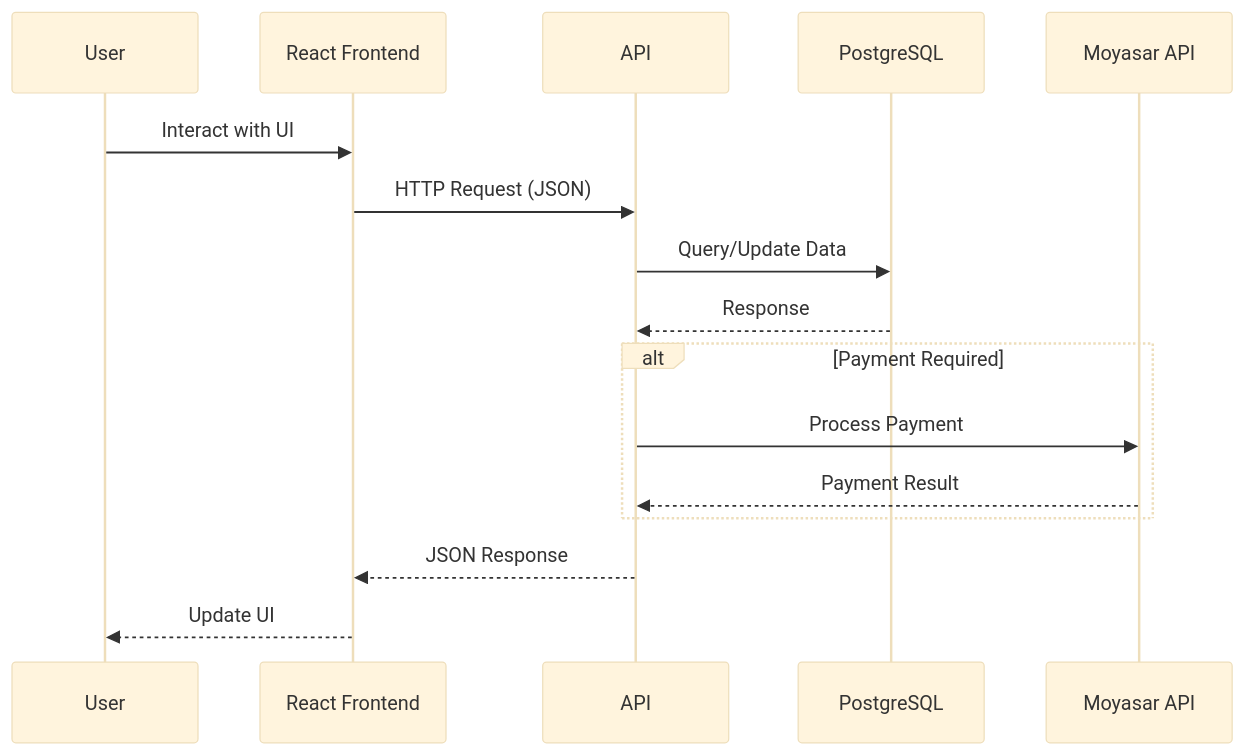
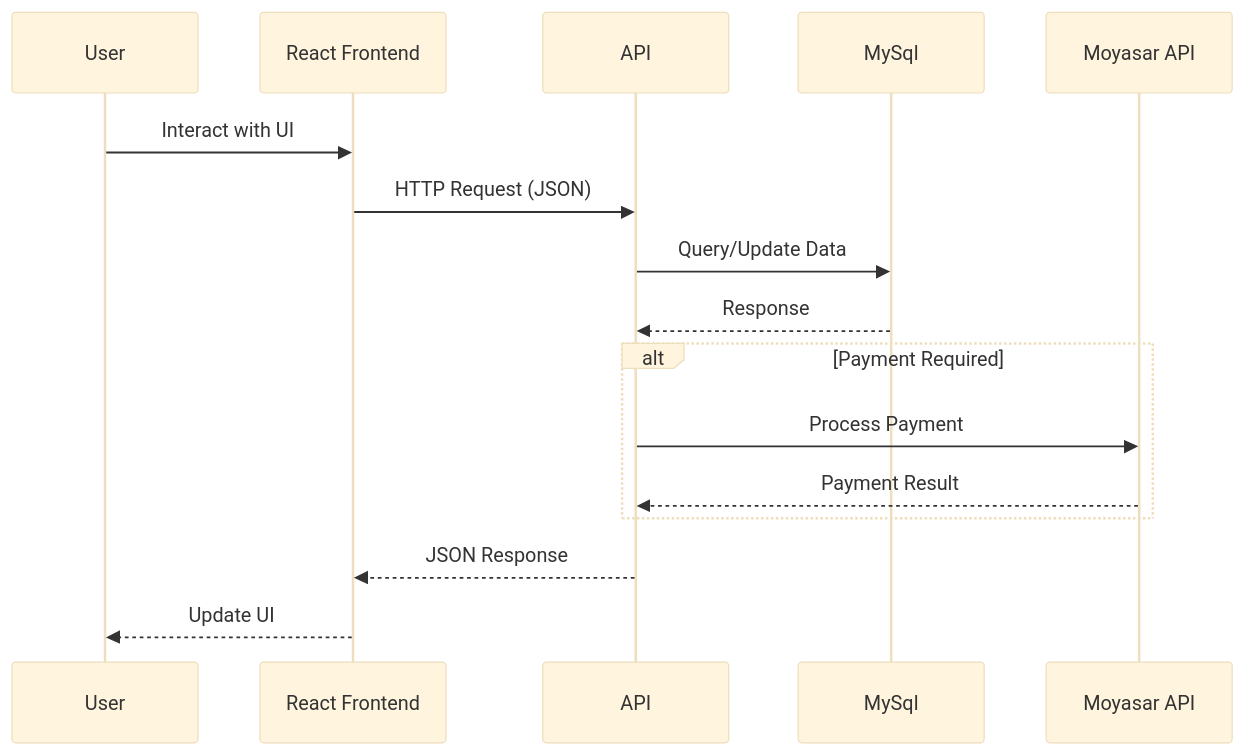
One commit to aziz5g-tech/holbertonschool-portfolio-project changed the second of 2 diagrams in Stage 3/high-level architecture diagram .md. Above: the diagram before and after it, drawn with Mermaid (base theme).

Commit message:
Change database from PostgreSQL to MySQL in diagram

````diff
--- a/Stage 3/high-level architecture diagram .md
+++ b/Stage 3/high-level architecture diagram .md
@@ -29,21 +29,21 @@
 ```mermaid
 sequenceDiagram
     participant User
     participant React as React Frontend
     participant API
-    participant DB as PostgreSQL
+    participant MySql
     participant Moyasar as Moyasar API
 
     User->>React: Interact with UI
     React->>API: HTTP Request (JSON)
-    API->>DB: Query/Update Data
-    DB-->>API: Response
+    API->>MySql: Query/Update Data
+    MySql-->>API: Response
     
     alt Payment Required
         API->>Moyasar: Process Payment
         Moyasar-->>API: Payment Result
     end
     
     API-->>React: JSON Response
     React-->>User: Update UI
 ```
````
